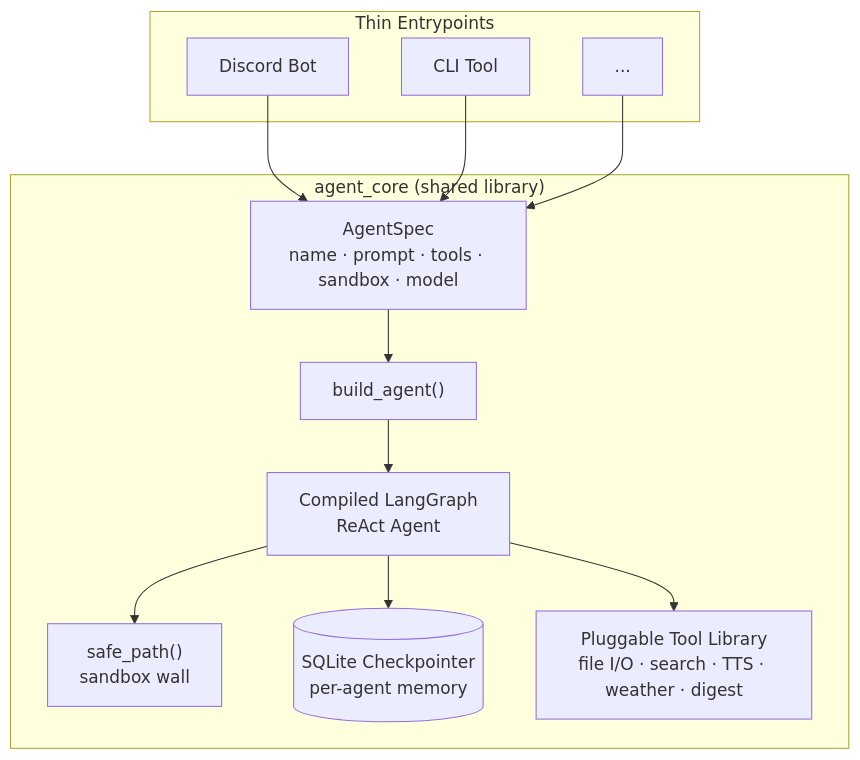
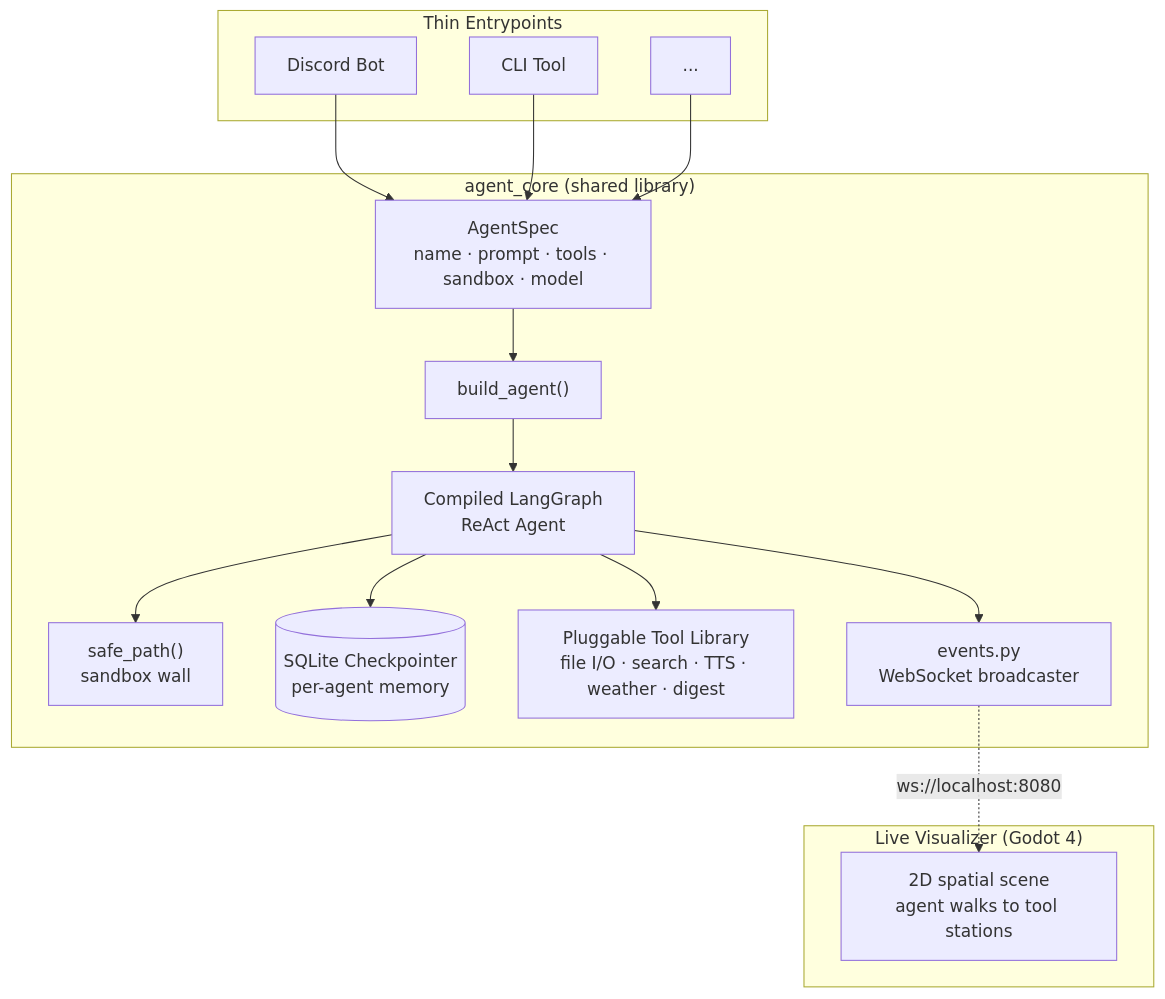
The diagram in README.md (COSMOAGNOSTIC/cosmoai-adept), drawn with Mermaid before and after one commit. The commit also changed other lines of this file and 17 other files, not shown here.

First line of the commit message:
Add live observability, digest tool, and 2D spatial visualizer

````diff
--- a/README.md
+++ b/README.md
@@ -10,25 +14,32 @@
 ```mermaid
 flowchart TB
     subgraph Entrypoints["Thin Entrypoints"]
         A1["Discord Bot"]
         A2["CLI Tool"]
         A3["..."]
     end
 
     subgraph Core["agent_core (shared library)"]
         Spec["AgentSpec<br/>name · prompt · tools · sandbox · model"]
         Build["build_agent()"]
         Graph["Compiled LangGraph<br/>ReAct Agent"]
         Sandbox["safe_path()<br/>sandbox wall"]
         Memory[("SQLite Checkpointer<br/>per-agent memory")]
         Tools["Pluggable Tool Library<br/>file I/O · search · TTS · weather · digest"]
+        Events["events.py<br/>WebSocket broadcaster"]
+    end
+
+    subgraph Viz["Live Visualizer (Godot 4)"]
+        Godot["2D spatial scene<br/>agent walks to tool stations"]
     end
 
     A1 --> Spec
     A2 --> Spec
     A3 --> Spec
     Spec --> Build --> Graph
     Graph --> Sandbox
     Graph --> Memory
     Graph --> Tools
+    Graph --> Events
+    Events -. "ws://localhost:8080" .-> Godot
 ```
````
